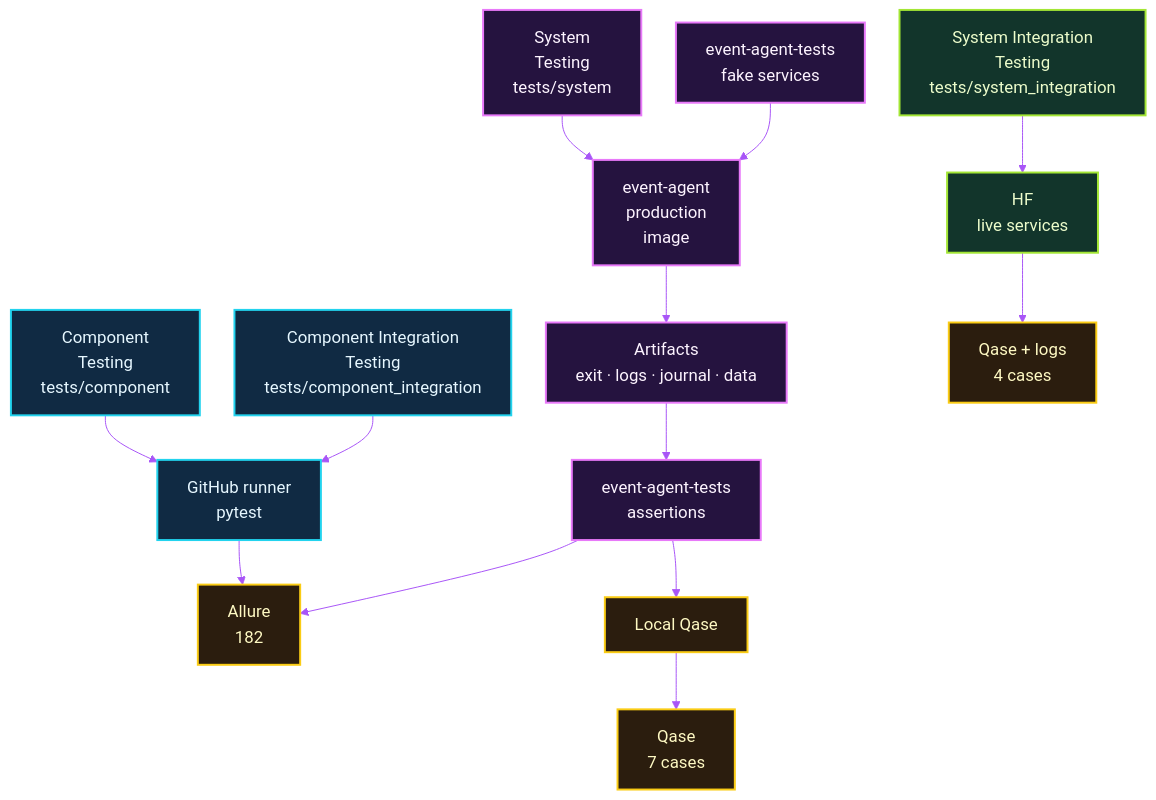
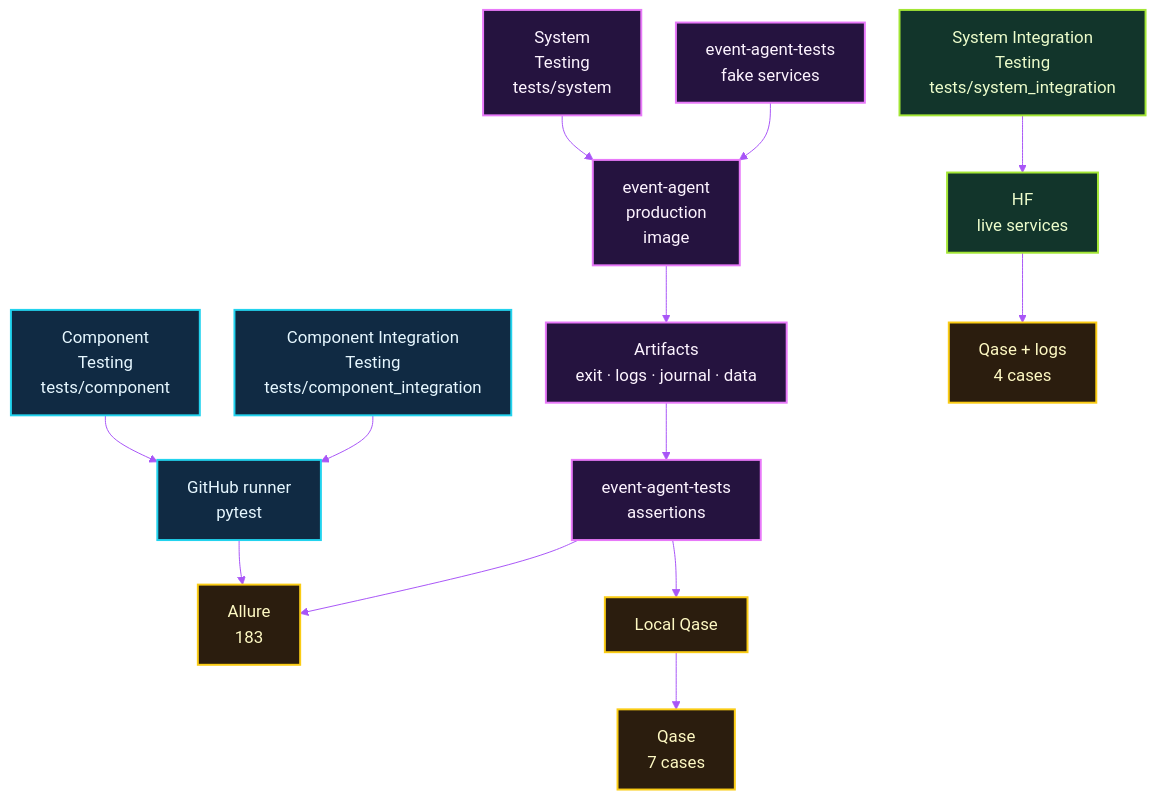
Before and after one commit to michalmarczuk/event-agent: the first of 3 diagrams in docs/TESTING.md, drawn with Mermaid. The commit also changed other lines of this file and 12 other files, not shown here.

````diff
--- a/docs/TESTING.md
+++ b/docs/TESTING.md
@@ -37,27 +37,27 @@
 ```mermaid
 %%{init: {'theme': 'base', 'themeVariables': {'background': '#07111f', 'primaryColor': '#102a43', 'primaryTextColor': '#e6f7ff', 'primaryBorderColor': '#22d3ee', 'secondaryColor': '#25133f', 'tertiaryColor': '#12352b', 'lineColor': '#a855f7', 'fontFamily': 'ui-sans-serif, system-ui', 'fontSize': '17px'}, 'flowchart': {'nodeSpacing': 35, 'rankSpacing': 45}}}%%
 flowchart TB
     component["Component<br/>Testing<br/>tests/component"] --> runner["GitHub runner<br/>pytest"]
     component_integration["Component Integration<br/>Testing<br/>tests/component_integration"] --> runner
-    runner --> allure["Allure<br/>182"]
+    runner --> allure["Allure<br/>183"]
 
     system["System<br/>Testing<br/>tests/system"] --> sut["event-agent<br/>production<br/>image"]
     fake["event-agent-tests<br/>fake services"] --> sut
     sut --> artifacts["Artifacts<br/>exit · logs · journal · data"]
     artifacts --> assertions["event-agent-tests<br/>assertions"]
     assertions --> allure
     assertions --> qase_local["Local Qase"]
     qase_local --> qase["Qase<br/>7 cases"]
 
     system_integration["System Integration<br/>Testing<br/>tests/system_integration"] --> hf["HF<br/>live services"]
     hf --> qase_live["Qase + logs<br/>4 cases"]
 
     classDef github fill:#102a43,stroke:#22d3ee,color:#e6f7ff,stroke-width:2px;
     classDef violet fill:#25133f,stroke:#e879f9,color:#fdf4ff,stroke-width:2px;
     classDef runtime fill:#12352b,stroke:#a3e635,color:#ecfccb,stroke-width:2px;
     classDef reporting fill:#2b1d0e,stroke:#facc15,color:#fef9c3,stroke-width:2px;
     class component,component_integration,runner github;
     class system,sut,fake,artifacts,assertions violet;
     class system_integration,hf runtime;
     class allure,qase_local,qase,qase_live reporting;
 ```
````
